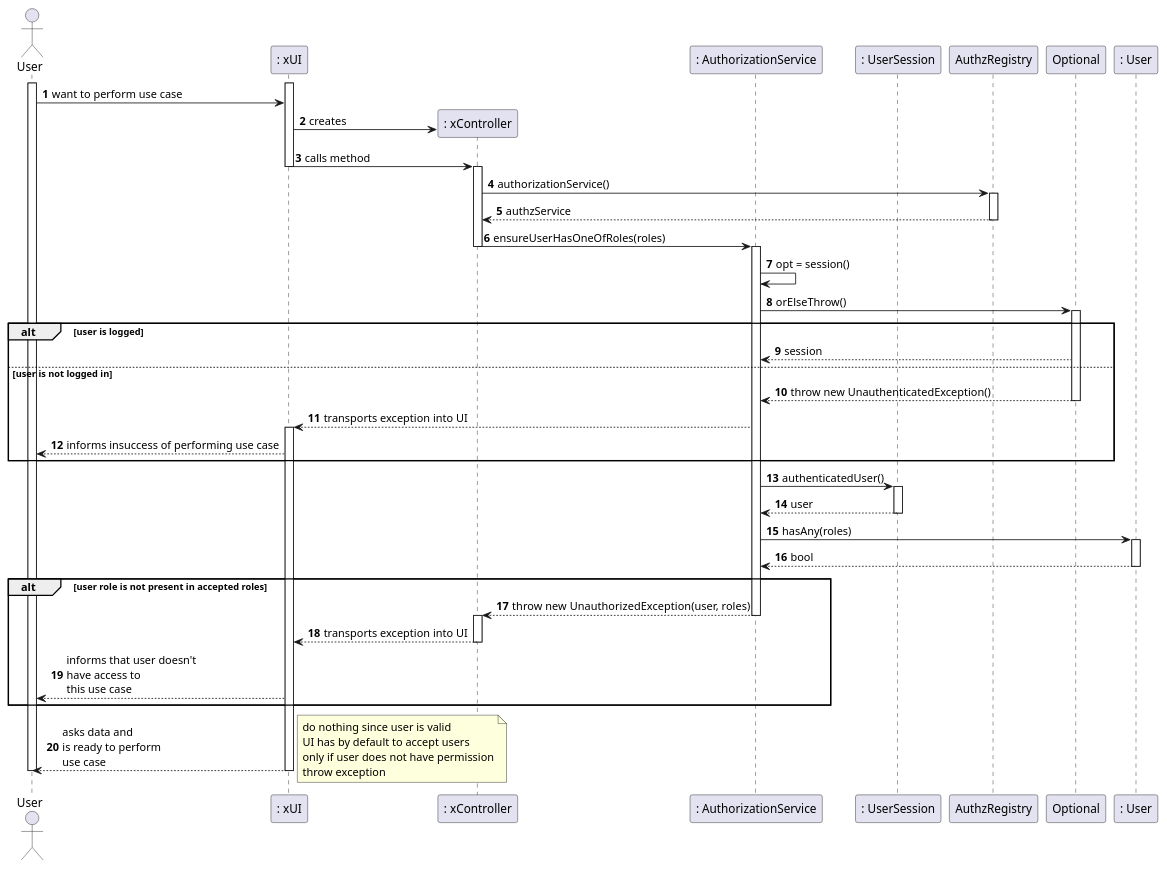
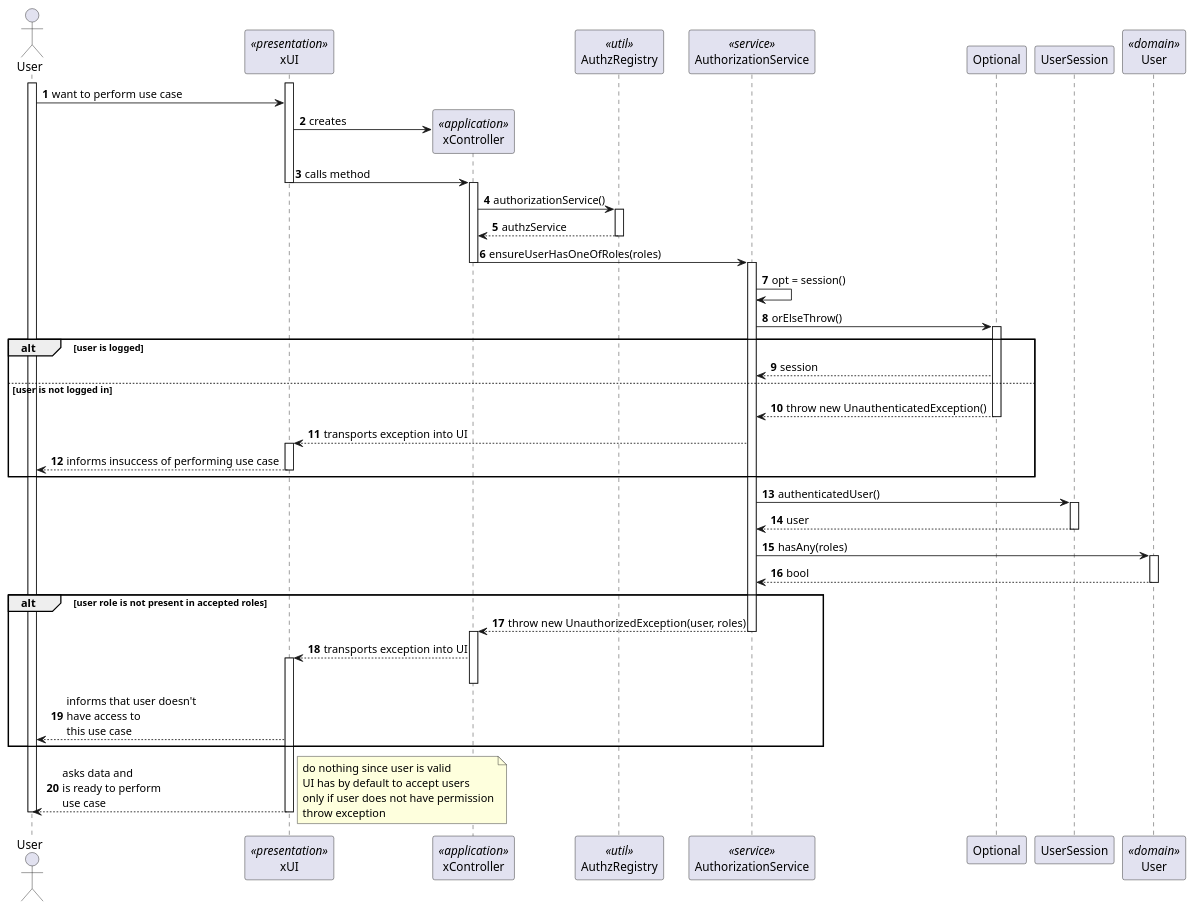
Before and after one commit to brunacosta03/sem4pi_22_23: the diagram in docs/SPRINT A/US_G006/Design/AuthorizationSequenceDiagram/SD.puml, drawn with PlantUML. The commit also changed 6 other files, not shown here.

Commit message:
docs: authentication, authorization and registry design complete, explanation of patterns used and diagrams norms changed #5

```diff
--- a/docs/SPRINT A/US_G006/Design/AuthorizationSequenceDiagram/SD.puml
+++ b/docs/SPRINT A/US_G006/Design/AuthorizationSequenceDiagram/SD.puml
@@ -1,75 +1,77 @@
 @startuml
 autonumber
 
 actor "User" as usr
 
-participant ": xUI" as ui
-participant ": xController" as ctrl
-participant ": AuthorizationService" as authz
-participant ": UserSession" as session
-participant "AuthzRegistry" as reg
-participant "Optional" as opt
-participant ": User" as userClass
+participant xUI as ui <<presentation>>
+participant xController as ctrl <<application>>
+participant AuthzRegistry as reg <<util>>
+participant AuthorizationService as authz <<service>>
+participant Optional as opt
+participant UserSession as session
+participant User as userClass <<domain>>
 
 activate usr
 activate ui
 
 usr -> ui : want to perform use case
 ui -> ctrl** : creates
 ui -> ctrl : calls method
 deactivate ui
 activate ctrl
 ctrl -> reg : authorizationService()
 activate reg
 reg --> ctrl : authzService
 deactivate reg
 ctrl -> authz : ensureUserHasOneOfRoles(roles)
 deactivate ctrl
 activate authz
 authz -> authz : opt = session()
 authz -> opt : orElseThrow()
 activate opt
 
 alt user is logged
     opt --> authz : session
 else user is not logged in
     opt --> authz : throw new UnauthenticatedException()
 deactivate opt
     authz --> ui : transports exception into UI
 activate ui
     ui --> usr : informs insuccess of performing use case
+deactivate ui
 end alt
 
 authz -> session : authenticatedUser()
 activate session
 session --> authz : user
 deactivate session
 authz -> userClass : hasAny(roles)
 activate userClass
 userClass --> authz : bool
 deactivate userClass
 
 deactivate session
 
 alt user role is not present in accepted roles
     authz --> ctrl : throw new UnauthorizedException(user, roles)
 deactivate authz
 activate ctrl
     ctrl --> ui : transports exception into UI
+activate ui
 deactivate ctrl
     ui --> usr : informs that user doesn't\nhave access to \nthis use case
 end alt
 
 ui --> usr : asks data and \nis ready to perform\nuse case
 
 note right
     do nothing since user is valid
     UI has by default to accept users
     only if user does not have permission
     throw exception
 end note
 
 deactivate ui
 deactivate usr
 
 @enduml
```
